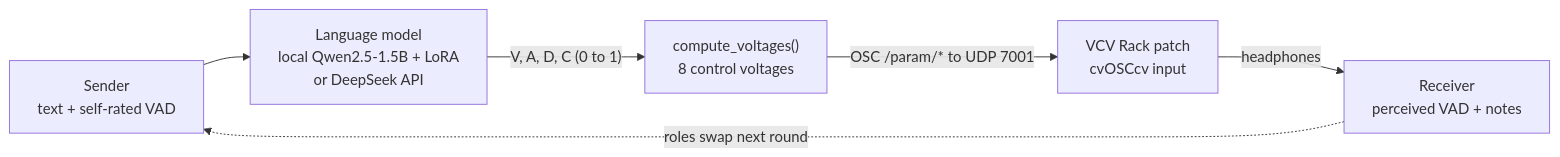
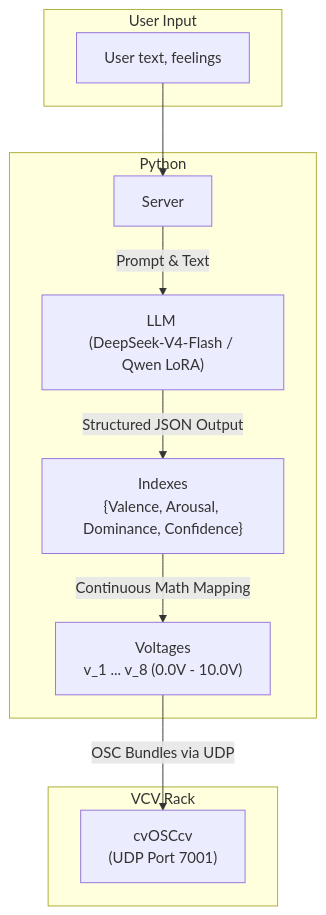
One commit to Rex188/Machine-for-Misunderstanding changed the first of 3 diagrams in README.md. Above: the diagram before and after it, drawn with Mermaid. The commit also changed other lines of this file and 8 other files, not shown here.

Commit message:
feat: adopt authentic architecture as README, organize protocols, and update lab report

````diff
--- a/README.md
+++ b/README.md
@@ -18,8 +30,24 @@
 ```mermaid
-graph LR
-    A["Sender<br/>text + self-rated VAD"] --> B["Language model<br/>local Qwen2.5-1.5B + LoRA<br/>or DeepSeek API"]
-    B -->|"V, A, D, C (0 to 1)"| C["compute_voltages()<br/>8 control voltages"]
-    C -->|"OSC /param/* to UDP 7001"| D["VCV Rack patch<br/>cvOSCcv input"]
-    D -->|headphones| E["Receiver<br/>perceived VAD + notes"]
-    E -.->|roles swap next round| A
+flowchart TD
+    subgraph S1["User Input"]
+        A["User text, feelings"]
+    end
+
+    subgraph S2["Python"]
+        B["Server"]
+        C["LLM <br>(DeepSeek-V4-Flash / Qwen LoRA)"]
+        D["Indexes<br>{Valence, Arousal, Dominance, Confidence}"]
+        E["Voltages<br>v_1 ... v_8 (0.0V - 10.0V)"]
+    end
+
+    subgraph S3["VCV Rack"]
+        F["cvOSCcv <br>(UDP Port 7001)"]
+
+    end
+
+    A --> B
+    B -->|Prompt & Text| C
+    C -->|Structured JSON Output| D
+    D -->|Continuous Math Mapping| E
+    E -->|OSC Bundles via UDP| F
 ```
````
